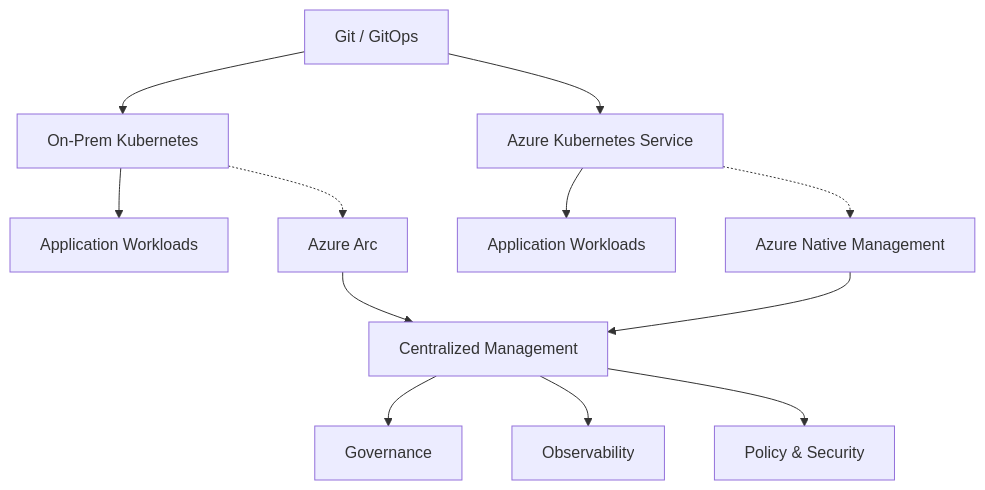
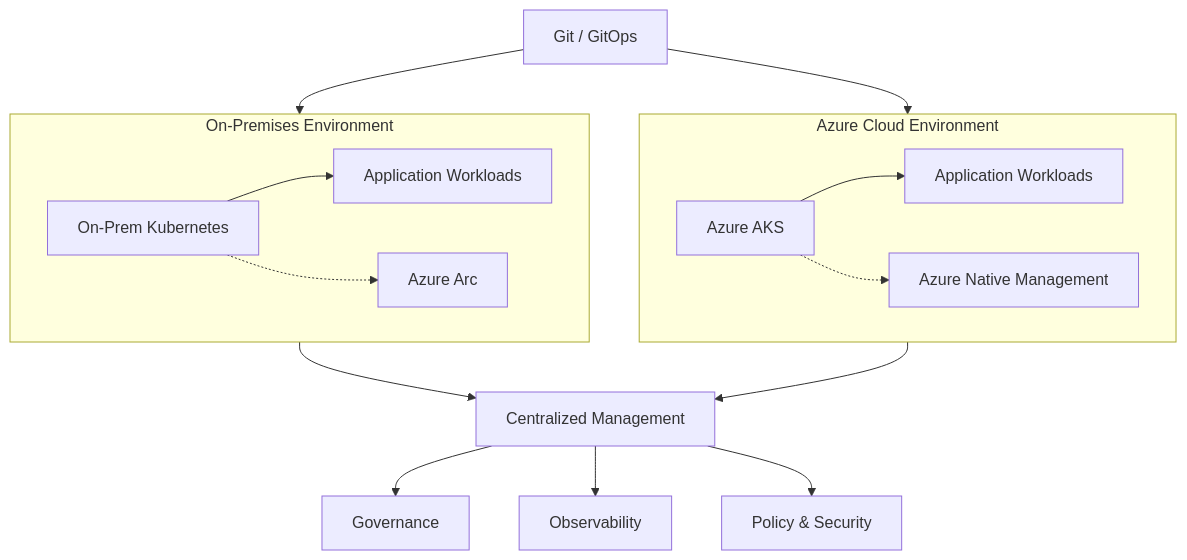
Before and after one commit to mohamedkaba4/K8s-Hybrid-Cloud: the first of 4 diagrams in README.md, drawn with Mermaid. The commit also changed other lines of this file, not shown here.

Commit message:
Update file README.md

````diff
--- a/README.md
+++ b/README.md
@@ -10,20 +9,30 @@
 ```mermaid
 flowchart TD
     A[Git / GitOps]
 
-    A --> B[On-Prem Kubernetes]
-    A --> C[Azure Kubernetes Service]
+    subgraph ONPREM[On-Premises Environment]
+        B[On-Prem Kubernetes]
+        D[Application Workloads]
+        F[Azure Arc]
+        B --> D
+        B -.-> F
+    end
 
-    B --> D[Application Workloads]
-    C --> E[Application Workloads]
+    subgraph AZURE[Azure Cloud Environment]
+        C[Azure AKS]
+        E[Application Workloads]
+        G[Azure Native Management]
+        C --> E
+        C -.-> G
+    end
 
-    B -.-> F[Azure Arc]
-    C -.-> G[Azure Native Management]
+    A --> ONPREM
+    A --> AZURE
 
-    F --> H[Centralized Management]
-    G --> H
+    ONPREM --> H[Centralized Management]
+    AZURE --> H
 
     H --> I[Governance]
     H --> J[Observability]
     H --> K[Policy & Security]
 ```
````
